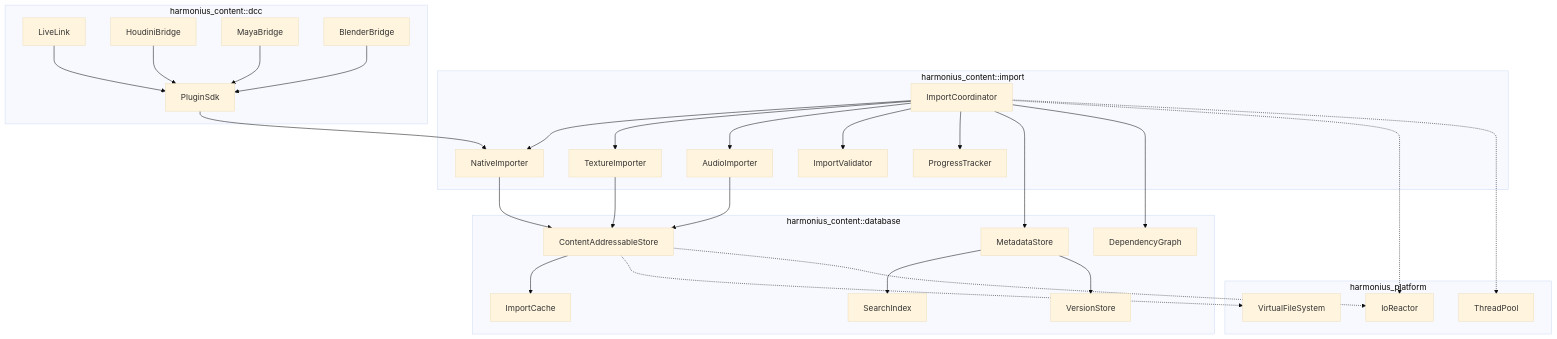
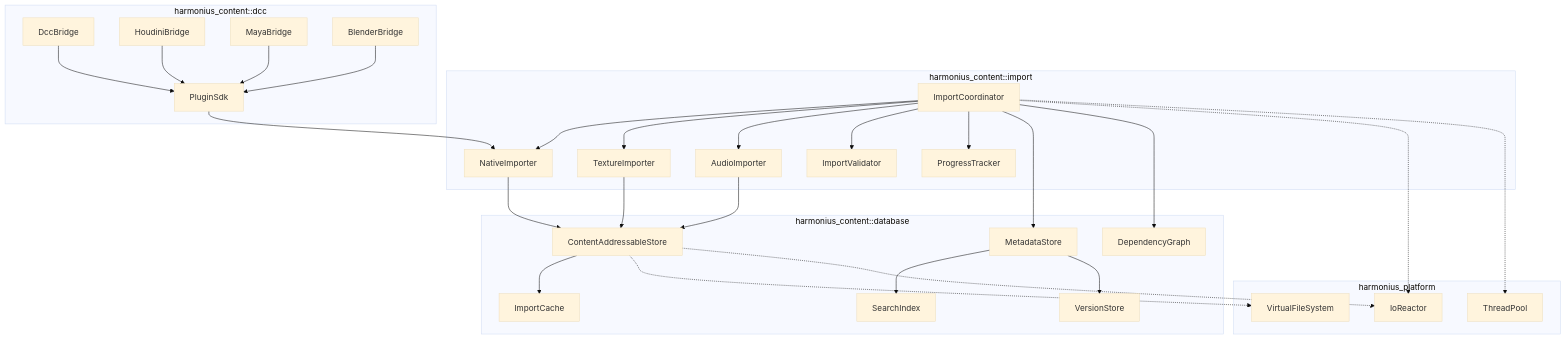
One commit to harmonius-dev/harmonius changed the first of 7 diagrams in docs/design/content-pipeline/asset-import.md. Above: the diagram before and after it, drawn with Mermaid (base theme). The commit also changed other lines of this file and 582 other files, not shown here.

````diff
--- a/docs/design/content-pipeline/asset-import.md
+++ b/docs/design/content-pipeline/asset-import.md
@@ -85,60 +85,60 @@
 ```mermaid
 graph TD
     subgraph "harmonius_content::import"
         IM[ImportCoordinator]
         NI[NativeImporter]
         TI[TextureImporter]
         AI[AudioImporter]
         VL[ImportValidator]
         PR[ProgressTracker]
     end
 
     subgraph "harmonius_content::database"
         CAS[ContentAddressableStore]
         META[MetadataStore]
         DEP[DependencyGraph]
         IDX[SearchIndex]
         CACHE[ImportCache]
         VER[VersionStore]
     end
 
     subgraph "harmonius_content::dcc"
         SDK[PluginSdk]
-        LL[LiveLink]
+        LL[DccBridge]
         HOU[HoudiniBridge]
         MAY[MayaBridge]
         BLE[BlenderBridge]
     end
 
     subgraph "harmonius_platform"
         IO[IoReactor]
         TP[ThreadPool]
         FS[VirtualFileSystem]
     end
 
     IM --> NI
     IM --> TI
     IM --> AI
     IM --> VL
     IM --> PR
 
     NI --> CAS
     TI --> CAS
     AI --> CAS
     IM --> META
     IM --> DEP
     META --> IDX
     CAS --> CACHE
     META --> VER
 
     SDK --> NI
     LL --> SDK
     HOU --> SDK
     MAY --> SDK
     BLE --> SDK
 
     IM -.-> IO
     IM -.-> TP
     CAS -.-> FS
     CAS -.-> IO
 ```
````
